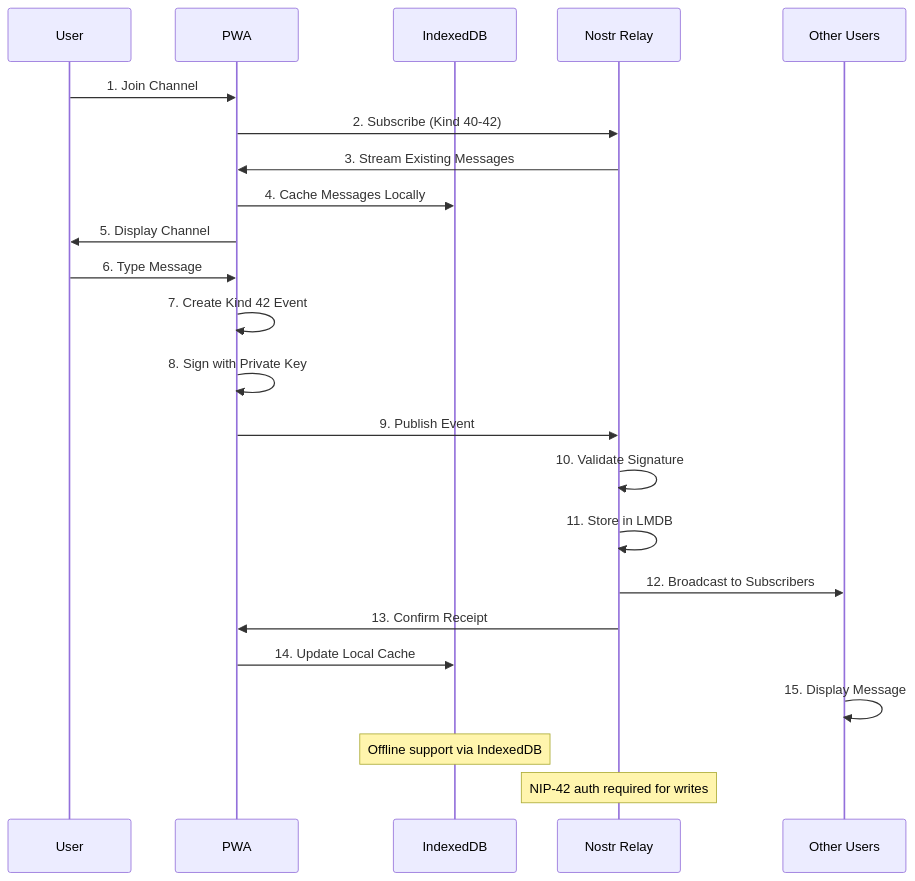
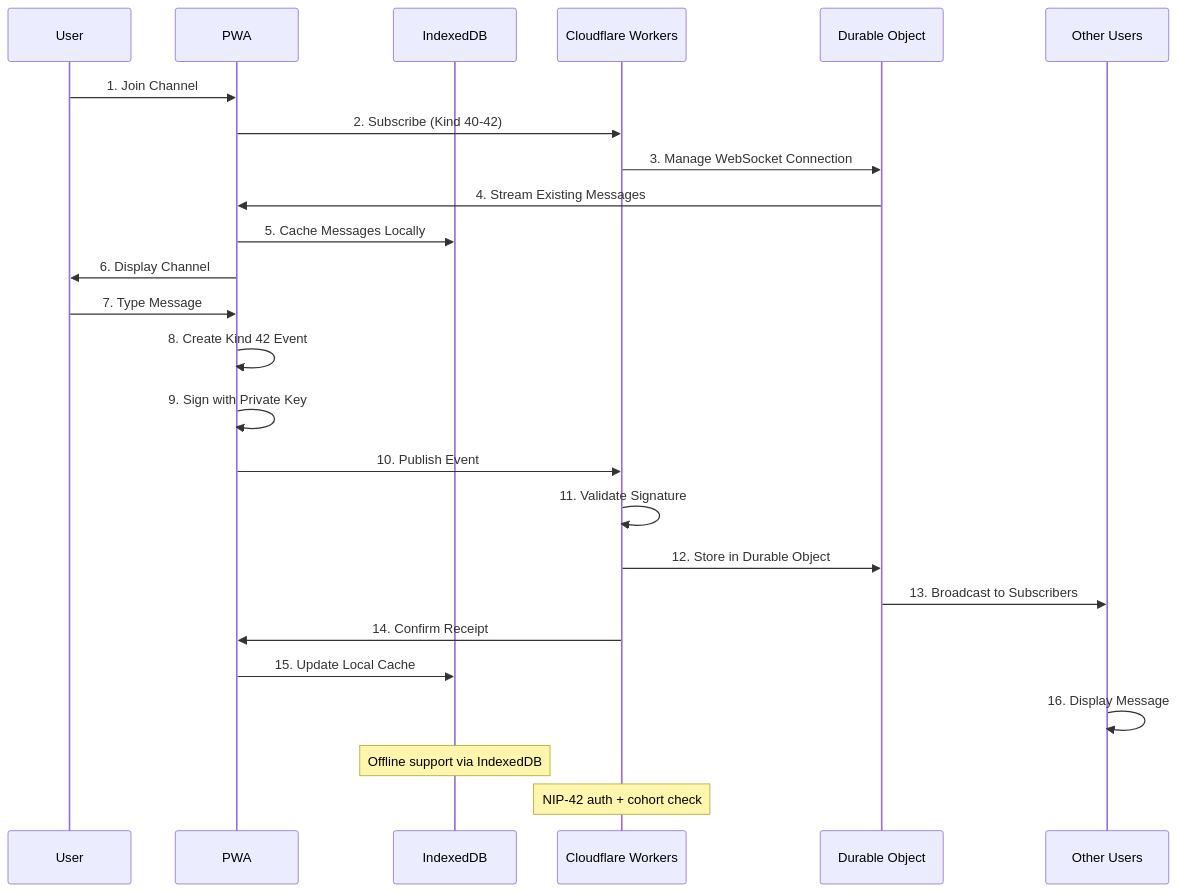
Before and after one commit to jjohare/minimoonoir: the seventh of 9 diagrams in README.md, drawn with Mermaid. The commit also changed other lines of this file and 27 other files, not shown here.

First line of the commit message:
chore: deprecate Docker architecture, update docs for serverless

````diff
--- a/README.md
+++ b/README.md
@@ -274,30 +314,32 @@
 ```mermaid
 sequenceDiagram
     participant User
     participant App as PWA
     participant Cache as IndexedDB
-    participant Relay as Nostr Relay
+    participant Relay as Cloudflare Workers
+    participant DO as Durable Object
     participant Others as Other Users
 
     User->>App: 1. Join Channel
     App->>Relay: 2. Subscribe (Kind 40-42)
-    Relay->>App: 3. Stream Existing Messages
-    App->>Cache: 4. Cache Messages Locally
-    App->>User: 5. Display Channel
+    Relay->>DO: 3. Manage WebSocket Connection
+    DO->>App: 4. Stream Existing Messages
+    App->>Cache: 5. Cache Messages Locally
+    App->>User: 6. Display Channel
 
-    User->>App: 6. Type Message
-    App->>App: 7. Create Kind 42 Event
-    App->>App: 8. Sign with Private Key
-    App->>Relay: 9. Publish Event
+    User->>App: 7. Type Message
+    App->>App: 8. Create Kind 42 Event
+    App->>App: 9. Sign with Private Key
+    App->>Relay: 10. Publish Event
 
-    Relay->>Relay: 10. Validate Signature
-    Relay->>Relay: 11. Store in LMDB
-    Relay->>Others: 12. Broadcast to Subscribers
-    Relay->>App: 13. Confirm Receipt
+    Relay->>Relay: 11. Validate Signature
+    Relay->>DO: 12. Store in Durable Object
+    DO->>Others: 13. Broadcast to Subscribers
+    Relay->>App: 14. Confirm Receipt
 
-    App->>Cache: 14. Update Local Cache
-    Others->>Others: 15. Display Message
+    App->>Cache: 15. Update Local Cache
+    Others->>Others: 16. Display Message
 
     Note over Cache: Offline support via IndexedDB
-    Note over Relay: NIP-42 auth required for writes
+    Note over Relay: NIP-42 auth + cohort check
 ```
````
